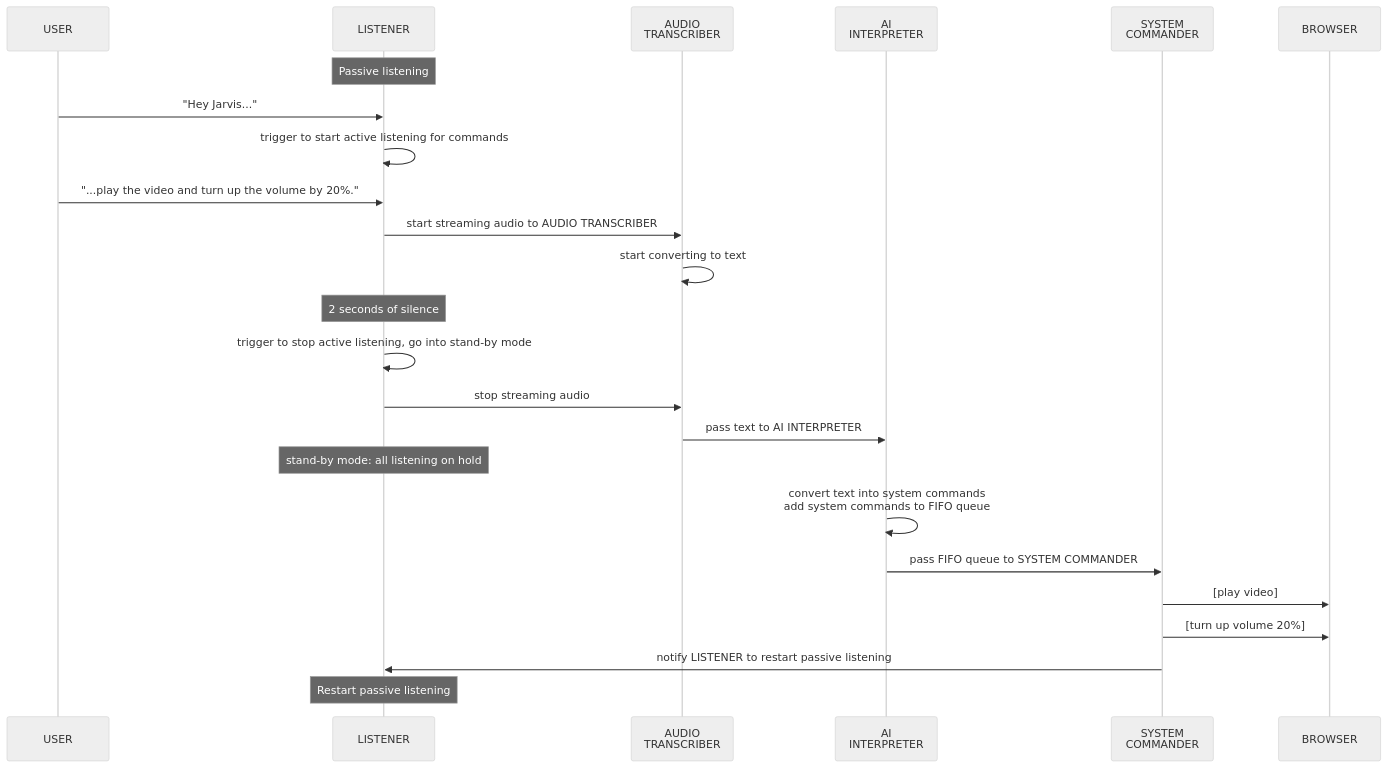
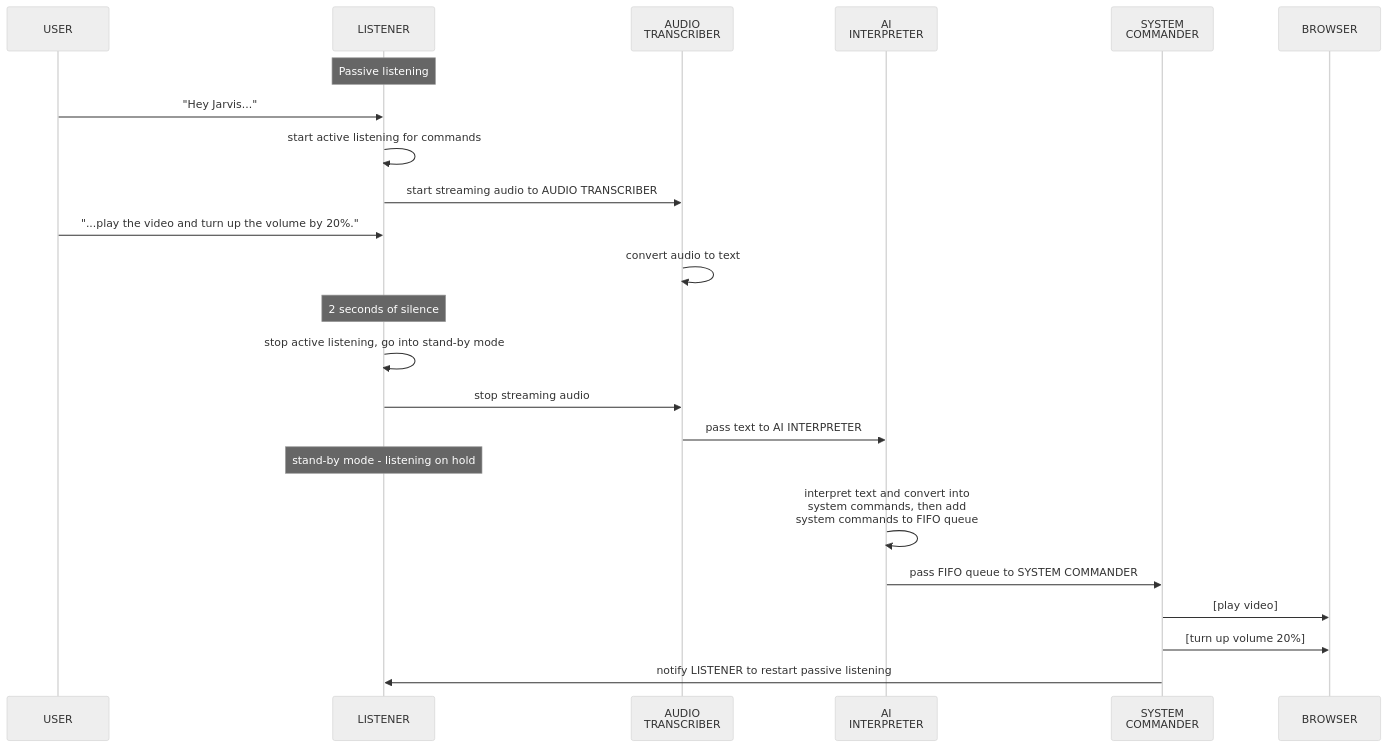
The diagram in sequence-diagram_gpt5.2.md (davidgardner11/ai-agents-hackathon-2026-02), drawn with Mermaid (neutral theme) before and after one commit.

Commit message:
Refactor sequence diagram for clarity and conciseness

````diff
--- a/sequence-diagram_gpt5.2.md
+++ b/sequence-diagram_gpt5.2.md
@@ -1,38 +1,37 @@
 ```mermaid
 
 sequenceDiagram
     participant U as USER
     participant L as LISTENER
     participant AT as AUDIO<br/>TRANSCRIBER
     participant AI as AI<br/>INTERPRETER
     participant SC as SYSTEM<br/>COMMANDER
     participant B as BROWSER
 
     Note over L: Passive listening
     U->>L: "Hey Jarvis..."
-    L->>L: trigger to start active listening for commands
+    L->>L: start active listening for commands
+    L->>AT: start streaming audio to AUDIO TRANSCRIBER
+
     U->>L: "...play the video and turn up the volume by 20%."
-
-    L->>AT: start streaming audio to AUDIO TRANSCRIBER
-    AT->>AT: start converting to text
+    AT->>AT: convert audio to text
 
     Note over L: 2 seconds of silence
-    L->>L: trigger to stop active listening, go into stand-by mode
+    L->>L: stop active listening, go into stand-by mode
     L->>AT: stop streaming audio
 
 
     AT->>AI: pass text to AI INTERPRETER
-    Note over L: stand-by mode: all listening on hold
+    Note over L: stand-by mode - listening on hold
 
-    AI->>AI: convert text into system commands<br/>add system commands to FIFO queue
+    AI->>AI: interpret text and convert into<br/> system commands, then add<br/> system commands to FIFO queue
 
     AI->>SC: pass FIFO queue to SYSTEM COMMANDER
 
     SC->>B: [play video] 
 
     SC->>B: [turn up volume 20%]
 
     SC->>L: notify LISTENER to restart passive listening
-    Note over L: Restart passive listening
 
 ```
````
